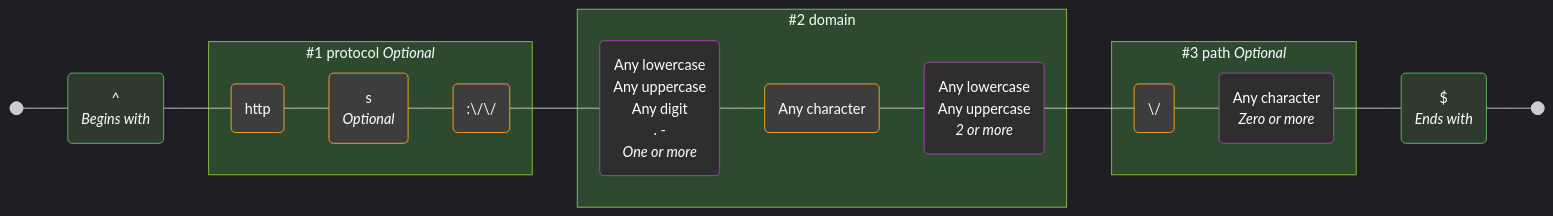
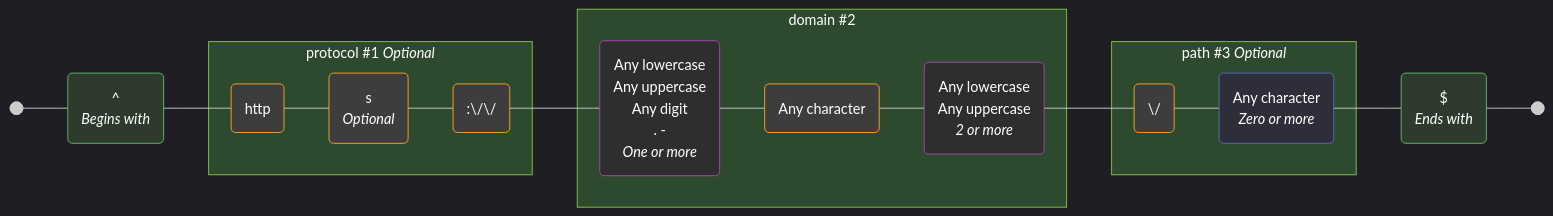
The third of 5 diagrams in THEMES.md (tayles/regex-to-mermaid), drawn with Mermaid before and after one commit. The commit also changed other lines of this file and 58 other files, not shown here.

````diff
--- a/THEMES.md
+++ b/THEMES.md
@@ -220,67 +266,68 @@
 ```mermaid
 ---
 config:
   theme: dark
 ---
 
 graph LR
   accTitle: "Regex: ^(?<protocol>https?:\\/\\/)?(?<domain>[a-zA-Z0-9.-]+\\.[a-zA-Z]{2,})(?<path>\\/.*)?$"
   accDescr: "Generated with regex-to-mermaid@1.1.0"
 
   %% Nodes
   start@{ shape: f-circ };
   fin@{ shape: f-circ };
   assertion_1("^<br><i>Begins with</i>"):::assertion;
   literal_1("http"):::literal;
   literal_2("s<br><i>Optional</i>"):::literal;
   literal_3(":\/\/"):::literal;
   char_class_1("Any lowercase<br>Any uppercase<br>Any digit<br>. -<br><i>One or more</i>"):::char-class;
   literal_4("Any character"):::literal;
   char_class_2("Any lowercase<br>Any uppercase<br><i>2 or more</i>"):::char-class;
   literal_5("\/"):::literal;
-  char_class_3("Any character<br><i>Zero or more</i>"):::char-class;
+  char_set_1("Any character<br><i>Zero or more</i>"):::char-set;
   assertion_2("$<br><i>Ends with</i>"):::assertion;
 
   %% Subgraphs
-  subgraph named_capture_1 ["#1 protocol <i>Optional</i>"]
+  subgraph named_capture_1 ["protocol #1 <i>Optional</i>"]
     literal_1
     literal_2
     literal_3
   end
 
-  subgraph named_capture_2 ["#2 domain"]
+  subgraph named_capture_2 ["domain #2"]
     char_class_1
     literal_4
     char_class_2
   end
 
-  subgraph named_capture_3 ["#3 path <i>Optional</i>"]
+  subgraph named_capture_3 ["path #3 <i>Optional</i>"]
     literal_5
-    char_class_3
+    char_set_1
   end
 
   %% Edges
   start --- assertion_1;
   assertion_1 --- literal_1;
   literal_1 --- literal_2;
   literal_2 --- literal_3;
   literal_3 --- char_class_1;
   char_class_1 --- literal_4;
   literal_4 --- char_class_2;
   char_class_2 --- literal_5;
-  literal_5 --- char_class_3;
-  char_class_3 --- assertion_2;
+  literal_5 --- char_set_1;
+  char_set_1 --- assertion_2;
   assertion_2 --- fin;
 
   %% Styles
   %% Node Styling
   classDef assertion fill:#2D3A2D,stroke:#66BB6A,color:#FFFFFF;
   classDef literal fill:#3D3D3D,stroke:#FFA726,color:#FFFFFF;
   classDef char-class fill:#2E2E2E,stroke:#AB47BC,color:#FFFFFF;
+  classDef char-set fill:#2E2E3A,stroke:#5C6BC0,color:#FFFFFF;
 
   %% Group Styling
-  classDef named-capture fill:#2E4A2E,stroke:#8BC34A;
+  classDef named-capture fill:#2E4A2E,stroke:#8BC34A,color:#FFFFFF;
 
   %% Apply Group Classes
   class named_capture_1,named_capture_2,named_capture_3 named-capture;
 ```
````
